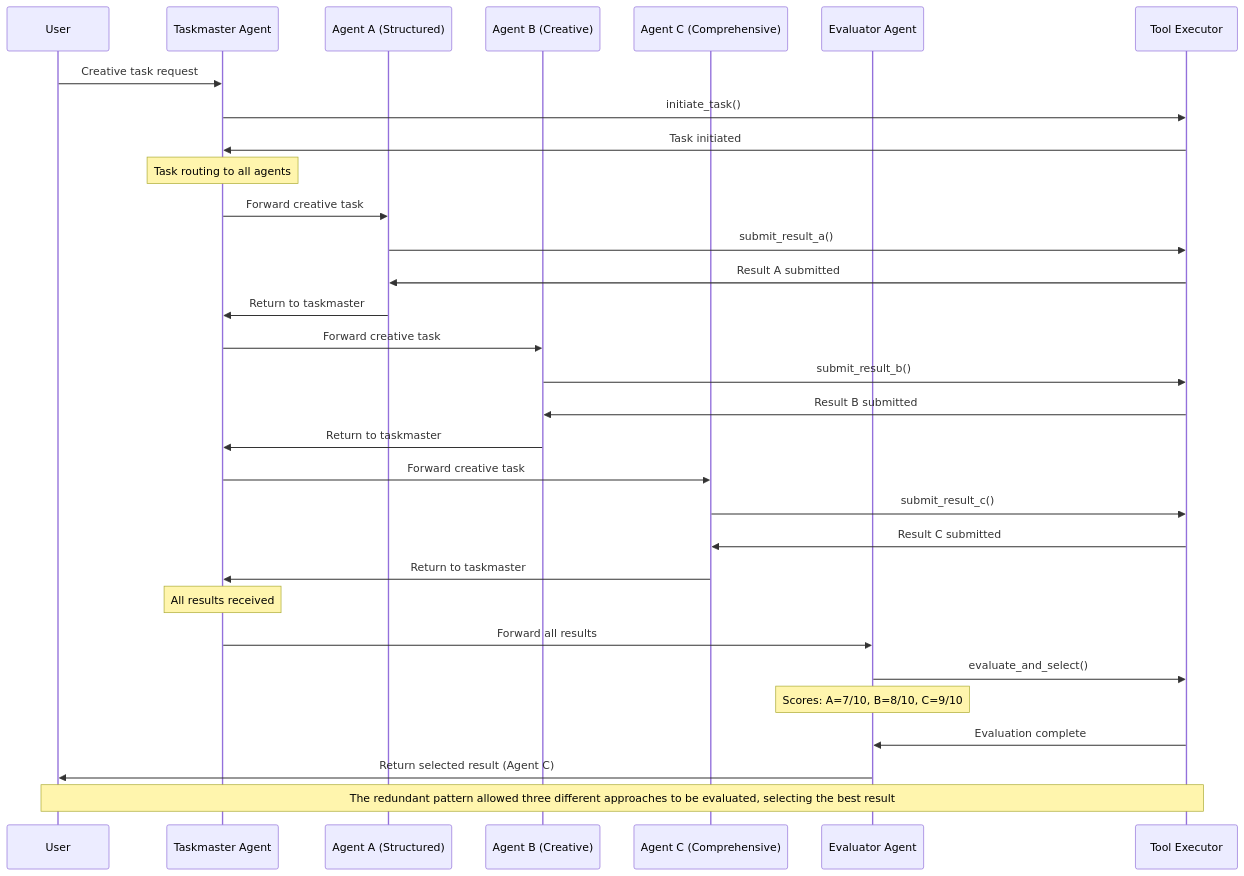
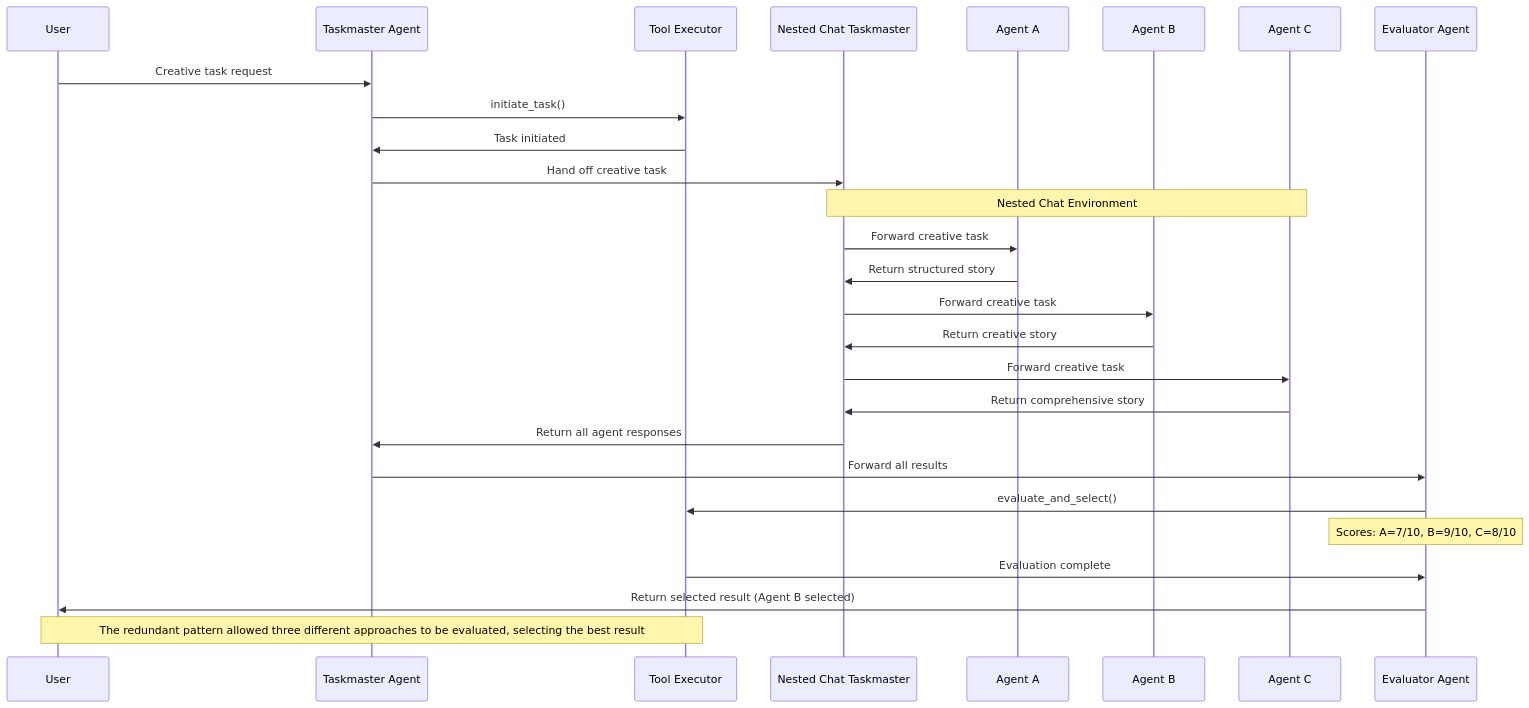
The diagram in website/docs/user-guide/advanced-concepts/pattern-cookbook/redundant.mdx (ag2ai/ag2), drawn with Mermaid before and after one commit. The commit also changed other lines of this file and 2 other files, not shown here.

Commit message:
Updated Redundant Pattern to use nested chat (#1435)

````diff
--- a/website/docs/user-guide/advanced-concepts/pattern-cookbook/redundant.mdx
+++ b/website/docs/user-guide/advanced-concepts/pattern-cookbook/redundant.mdx
@@ -53,46 +51,46 @@
 ```mermaid
 sequenceDiagram
     participant User
     participant Taskmaster as Taskmaster Agent
-    participant AgentA as Agent A (Structured)
-    participant AgentB as Agent B (Creative)
-    participant AgentC as Agent C (Comprehensive)
+    participant ToolExecutor as Tool Executor
+    participant NestedChat as Nested Chat Taskmaster
+    participant AgentA as Agent A
+    participant AgentB as Agent B
+    participant AgentC as Agent C
     participant Evaluator as Evaluator Agent
-    participant ToolExecutor as Tool Executor
 
     User->>Taskmaster: Creative task request
     Taskmaster->>ToolExecutor: initiate_task()
     ToolExecutor->>Taskmaster: Task initiated
 
-    Note over Taskmaster: Task routing to all agents
+    %% Handoff to Nested Chat
+    Taskmaster->>NestedChat: Hand off creative task
 
-    %% Agent A processing
-    Taskmaster->>AgentA: Forward creative task
-    AgentA->>ToolExecutor: submit_result_a()
-    ToolExecutor->>AgentA: Result A submitted
-    AgentA->>Taskmaster: Return to taskmaster
+    %% Nested Chat Processing - Sequential agent interactions
+    Note over NestedChat,AgentC: Nested Chat Environment
 
-    %% Agent B processing
-    Taskmaster->>AgentB: Forward creative task
-    AgentB->>ToolExecutor: submit_result_b()
-    ToolExecutor->>AgentB: Result B submitted
-    AgentB->>Taskmaster: Return to taskmaster
+    %% Agent A processing in nested chat
+    NestedChat->>AgentA: Forward creative task
+    AgentA->>NestedChat: Return structured story
 
-    %% Agent C processing
-    Taskmaster->>AgentC: Forward creative task
-    AgentC->>ToolExecutor: submit_result_c()
-    ToolExecutor->>AgentC: Result C submitted
-    AgentC->>Taskmaster: Return to taskmaster
+    %% Agent B processing in nested chat
+    NestedChat->>AgentB: Forward creative task
+    AgentB->>NestedChat: Return creative story
+
+    %% Agent C processing in nested chat
+    NestedChat->>AgentC: Forward creative task
+    AgentC->>NestedChat: Return comprehensive story
+
+    %% Nested Chat returns to Taskmaster
+    NestedChat->>Taskmaster: Return all agent responses
 
     %% Evaluation phase
-    Note over Taskmaster: All results received
     Taskmaster->>Evaluator: Forward all results
-
     Evaluator->>ToolExecutor: evaluate_and_select()
-    Note over Evaluator: Scores: A=7/10, B=8/10, C=9/10
+    Note over Evaluator: Scores: A=7/10, B=9/10, C=8/10
     ToolExecutor->>Evaluator: Evaluation complete
 
-    Evaluator->>User: Return selected result (Agent C)
+    Evaluator->>User: Return selected result (Agent B selected)
 
     Note over User,ToolExecutor: The redundant pattern allowed three different approaches to be evaluated, selecting the best result
 ```
````
